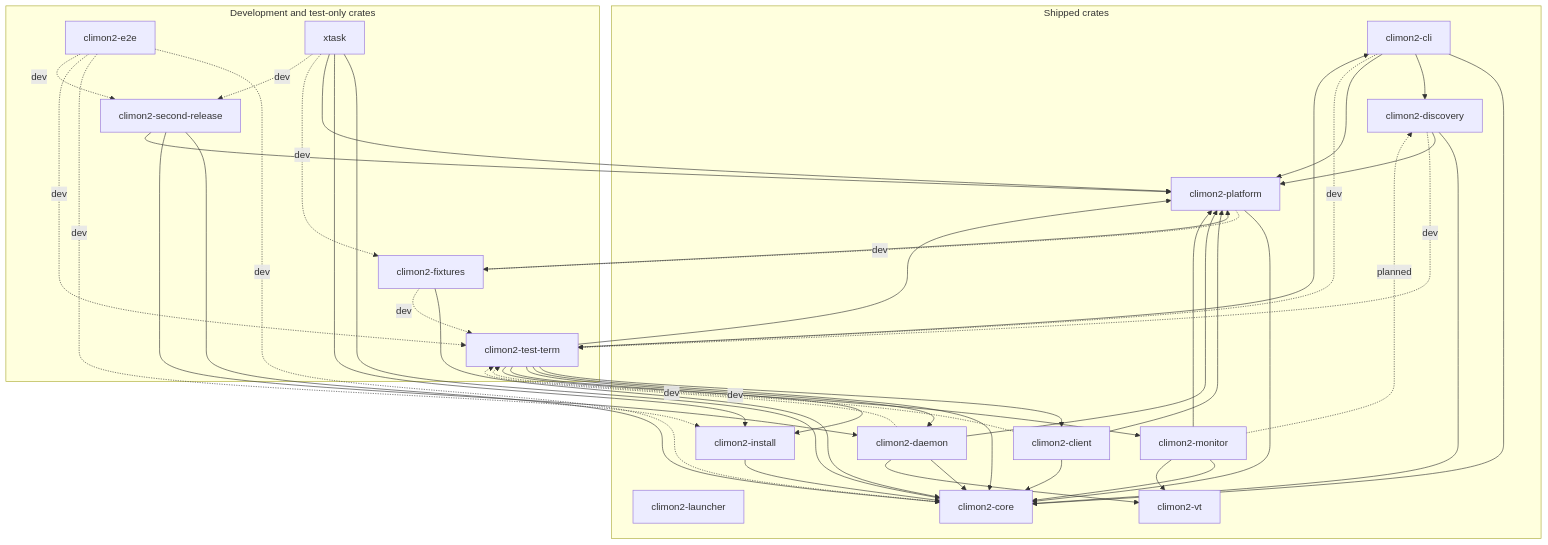
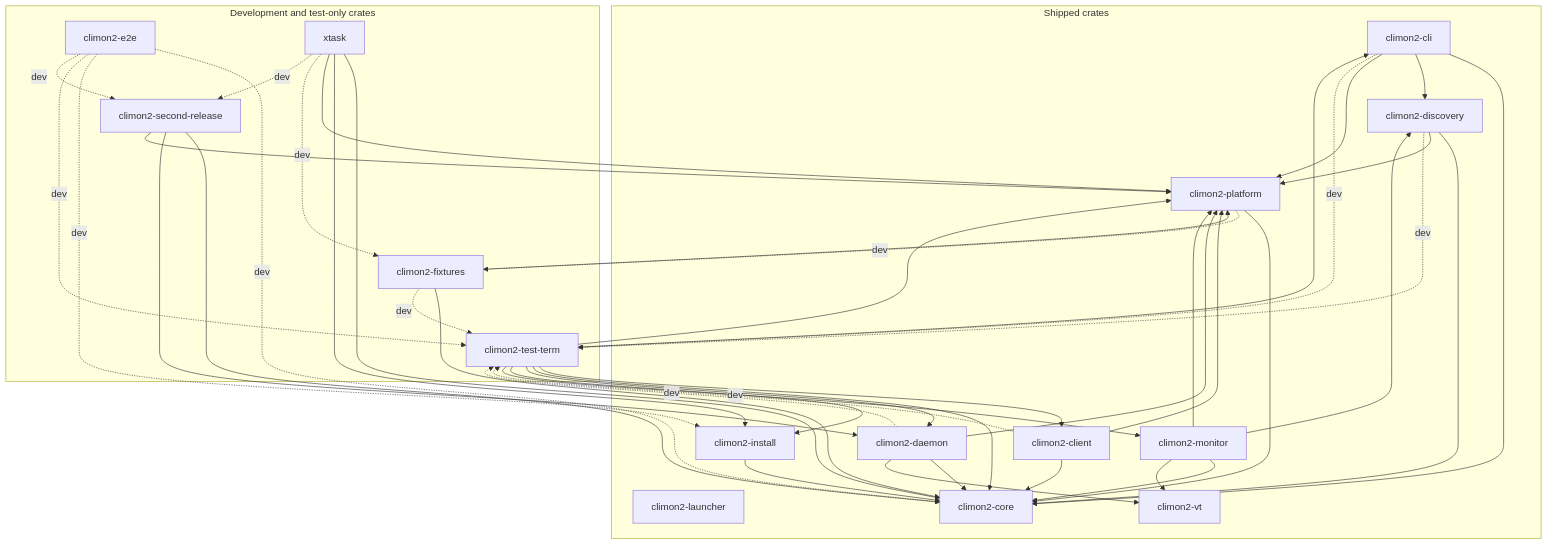
The diagram in docs/crate-relationships.md (jackgeek/climon2), drawn with Mermaid before and after one commit. The commit also changed other lines of this file and 32 other files, not shown here.

````diff
--- a/docs/crate-relationships.md
+++ b/docs/crate-relationships.md
@@ -10,69 +10,69 @@
 ```mermaid
 flowchart TB
     subgraph shipped["Shipped crates"]
         launcher["climon2-launcher"]
         cli["climon2-cli"]
         discovery["climon2-discovery"]
         client["climon2-client"]
         daemon["climon2-daemon"]
         install["climon2-install"]
         monitor["climon2-monitor"]
         platform["climon2-platform"]
         core["climon2-core"]
         vt["climon2-vt"]
 
         cli --> core
         cli --> discovery
         cli --> platform
         discovery --> core
         discovery --> platform
         client --> core
         client --> platform
         daemon --> core
         daemon --> platform
         daemon --> vt
         install --> core
         monitor --> core
+        monitor --> discovery
         monitor --> platform
         monitor --> vt
         platform --> core
     end
 
     subgraph development["Development and test-only crates"]
         test_term["climon2-test-term"]
         e2e["climon2-e2e"]
         fixtures["climon2-fixtures"]
         xtask["xtask"]
         second["climon2-second-release"]
     end
 
     cli -.->|"dev"| test_term
     discovery -.->|"dev"| test_term
     client -.->|"dev"| test_term
     daemon -.->|"dev"| test_term
     test_term --> cli
     test_term --> client
     test_term --> core
     test_term --> daemon
     test_term --> install
     test_term --> monitor
     test_term --> platform
     e2e -.->|"dev"| core
     e2e -.->|"dev"| install
     e2e -.->|"dev"| test_term
     fixtures --> core
     fixtures --> platform
     fixtures -.->|"dev"| test_term
     platform -.->|"dev"| fixtures
     xtask --> core
     xtask --> install
     xtask --> platform
     xtask -.->|"dev"| fixtures
     xtask -.->|"dev"| second
     e2e -.->|"dev"| second
     second --> core
     second --> daemon
     second --> platform
 
-    monitor -.->|"planned"| discovery
 ```
````
